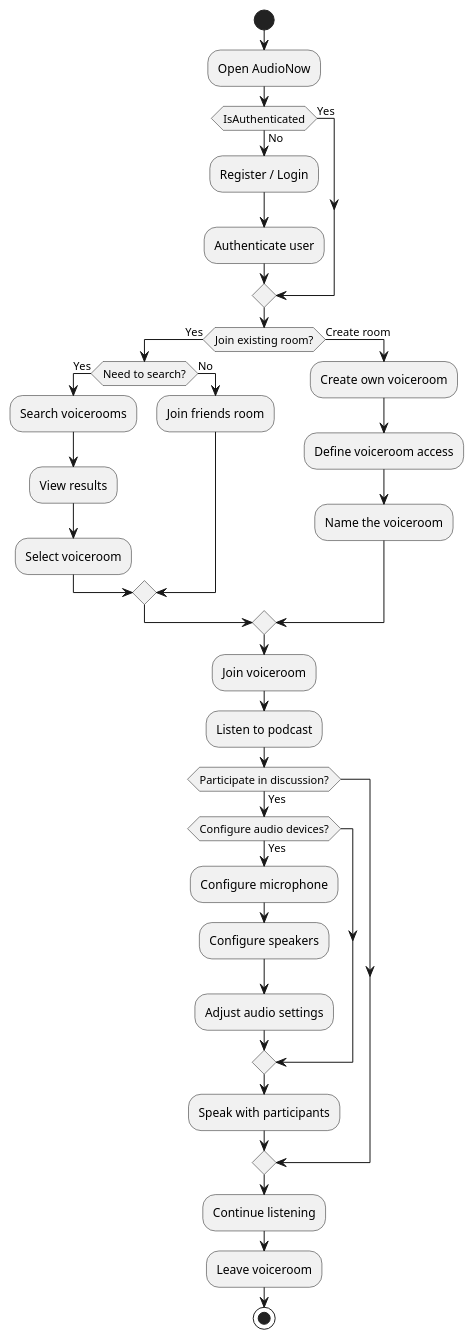
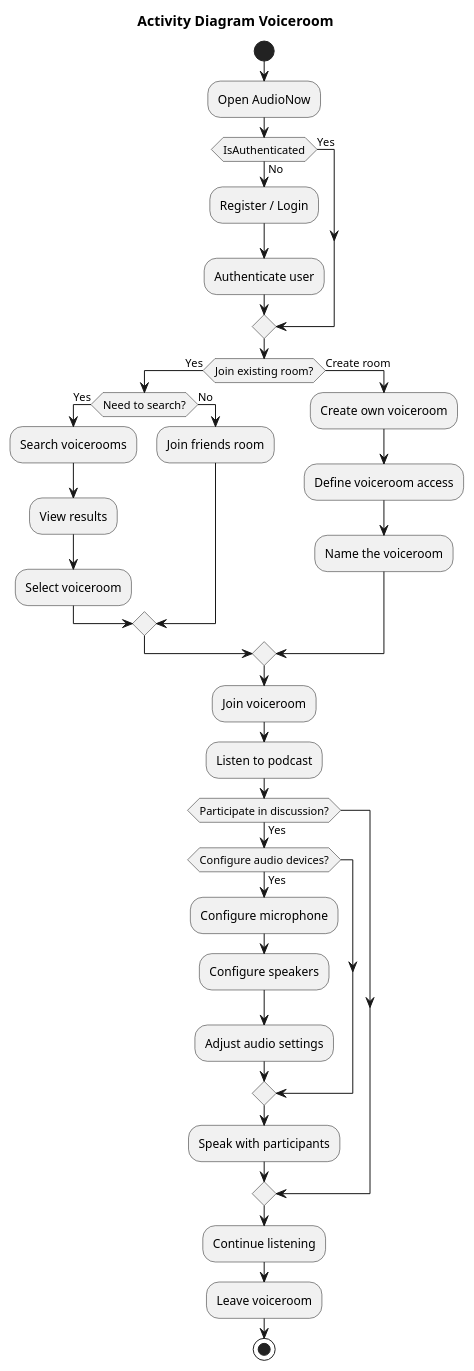
Before and after one commit to Dorfultariant/semm-diagrams: the diagram in VoiceRoom/activity.puml, drawn with PlantUML. The commit also changed 17 other files, not shown here.

Commit message:
Updated the purchase and voiceroom use-case diagrams with titles.

```diff
--- a/VoiceRoom/activity.puml
+++ b/VoiceRoom/activity.puml
@@ -1,52 +1,54 @@
 @startuml ActivityVoiceRoom
+
+title Activity Diagram Voiceroom
 
 start
 
 :Open AudioNow;
 
 '' MAIN POINTS
 '' Start from authentication
 '' Continue to room finding, joining or creating
 '' Adjust audio if necessary
 '' Participate as user wills
 '' Leave room
 
 if (IsAuthenticated) then (Yes)
 else (No)
   :Register / Login;
   :Authenticate user;
 endif
 
 if (Join existing room?) then (Yes)
   if (Need to search?) then (Yes)
     :Search voicerooms;
     :View results;
     :Select voiceroom;
   else (No)
     :Join friends room;
   endif
 else (Create room)
     :Create own voiceroom;
     :Define voiceroom access;
     :Name the voiceroom;
 endif
 
 :Join voiceroom;
 :Listen to podcast;
 
 if (Participate in discussion?) then (Yes)
  if (Configure audio devices?) then (Yes)
     :Configure microphone;
     :Configure speakers;
     :Adjust audio settings;
   endif
  
   :Speak with participants;
 endif
 
 :Continue listening;
 :Leave voiceroom;
 
 stop
 
 @enduml
```
